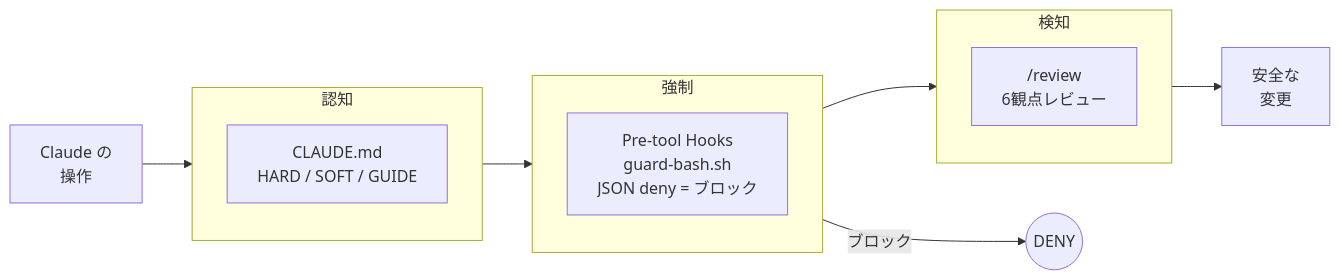
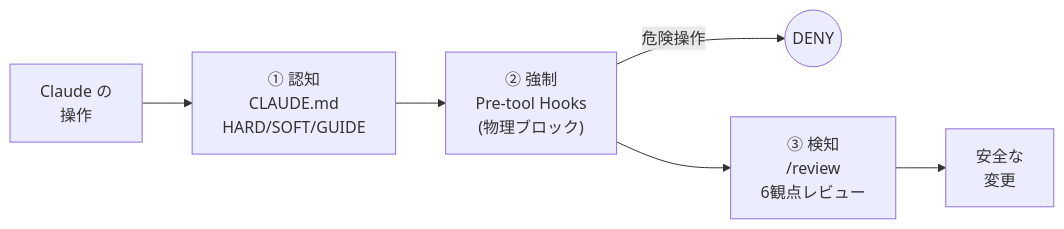
Before and after one commit to SideMountain/claude-code-sidekick: the second of 3 diagrams in README.ja.md, drawn with Mermaid. The commit also changed other lines of this file and 6 other files, not shown here.

````diff
--- a/README.ja.md
+++ b/README.ja.md
@@ -140,17 +224,9 @@
 ```mermaid
 flowchart LR
-    OP["Claude の\n操作"] --> L1
-    subgraph L1["認知"]
-        A["CLAUDE.md\nHARD / SOFT / GUIDE"]
-    end
-    L1 --> L2
-    subgraph L2["強制"]
-        B["Pre-tool Hooks\nguard-bash.sh\nJSON deny = ブロック"]
-    end
-    L2 -->|"ブロック"| DENY(("DENY"))
+    OP["Claude の<br/>操作"] --> L1
+    L1["① 認知<br/>CLAUDE.md<br/>HARD/SOFT/GUIDE"] --> L2
+    L2["② 強制<br/>Pre-tool Hooks<br/>(物理ブロック)"]
+    L2 -->|"危険操作"| DENY(("DENY"))
     L2 --> L3
-    subgraph L3["検知"]
-        C["/review\n6観点レビュー"]
-    end
-    L3 --> SAFE["安全な\n変更"]
+    L3["③ 検知<br/>/review<br/>6観点レビュー"] --> SAFE["安全な<br/>変更"]
 ```
````
